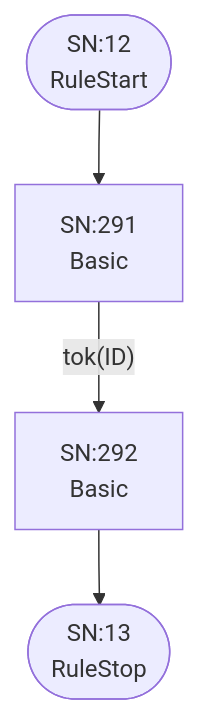
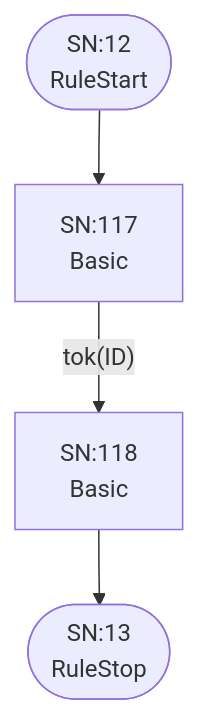
One commit to TypeFox/fastbelt changed the seventh of 25 diagrams in internal/grammar/atn.md. Above: the diagram before and after it, drawn with Mermaid. The commit also changed other lines of this file and 12 other files, not shown here.

````diff
--- a/internal/grammar/atn.md
+++ b/internal/grammar/atn.md
@@ -209,11 +209,11 @@
 ```mermaid
 flowchart TD
     q12(["SN:12<br/>RuleStart"])
     q13(["SN:13<br/>RuleStop"])
-    q291["SN:291<br/>Basic<br/>"]
-    q292["SN:292<br/>Basic<br/>"]
+    q117["SN:117<br/>Basic<br/>"]
+    q118["SN:118<br/>Basic<br/>"]
 
-    q12 --> q291
-    q291 -->|"tok(ID)"| q292
-    q292 --> q13
+    q12 --> q117
+    q117 -->|"tok(ID)"| q118
+    q118 --> q13
 ```
````
